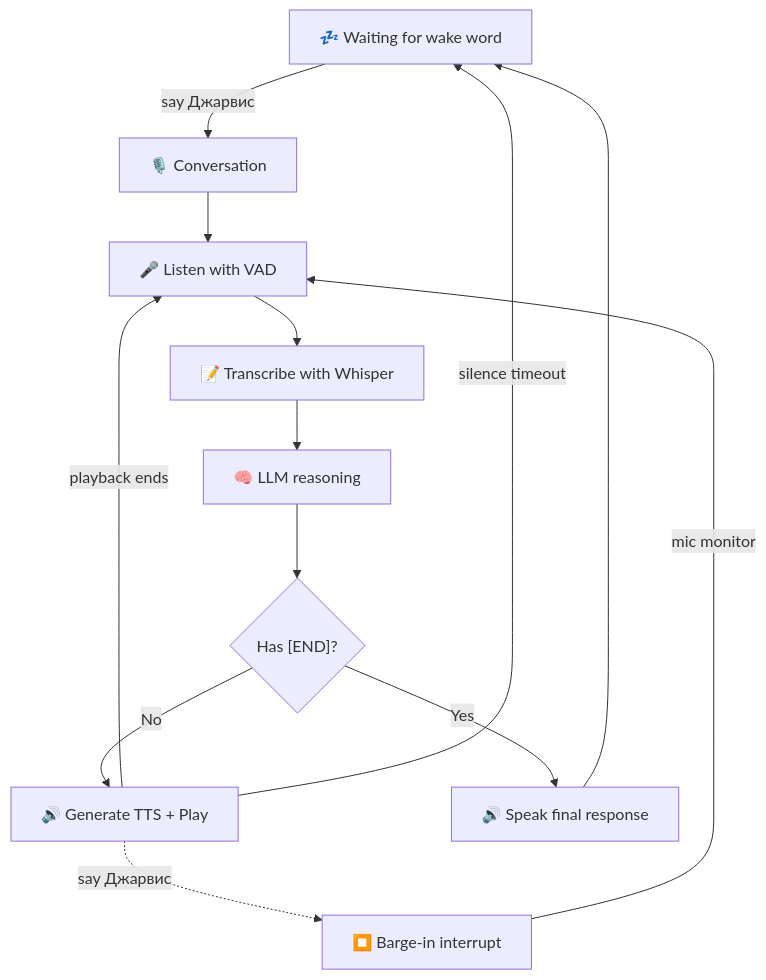
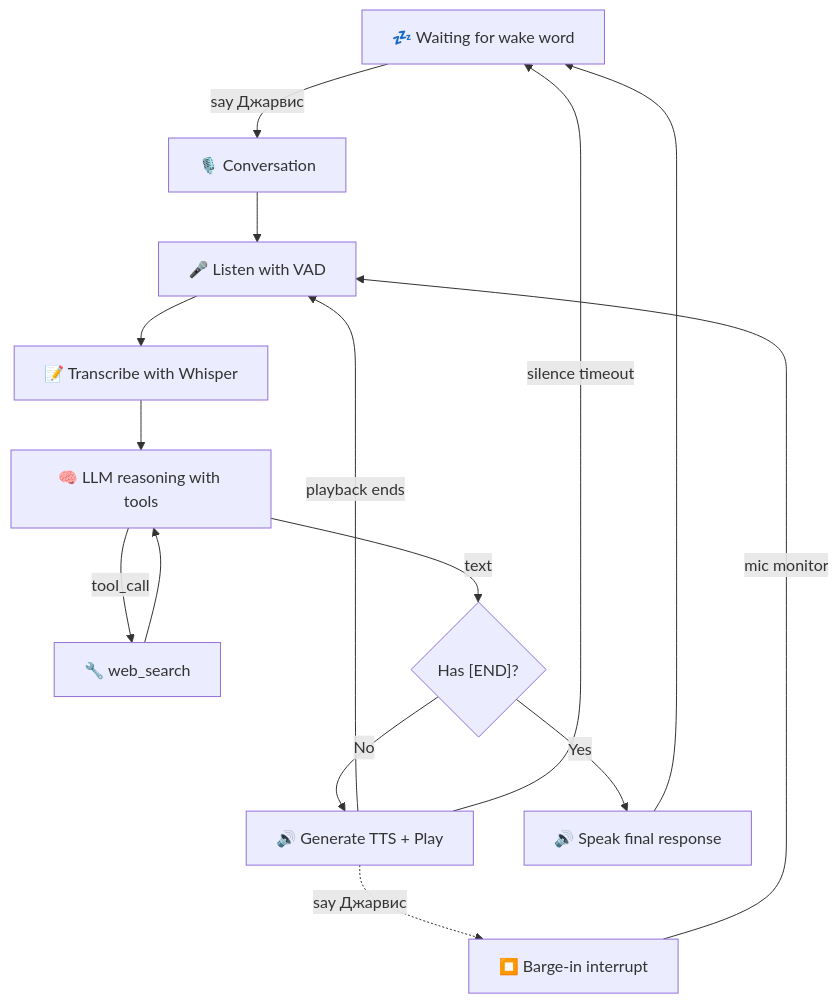
The diagram in README.md (e1turin/jarvis), drawn with Mermaid before and after one commit. The commit also changed other lines of this file and 17 other files, not shown here.

````diff
--- a/README.md
+++ b/README.md
@@ -291,15 +371,17 @@
 ```mermaid
 flowchart TD
     A[💤 Waiting for wake word] -->|"say Джарвис"| B[🎙️ Conversation]
     B --> C[🎤 Listen with VAD]
     C --> D[📝 Transcribe with Whisper]
-    D --> E[🧠 LLM reasoning]
-    E --> F{"Has [END]?"}
-    F -->|No| G[🔊 Generate TTS + Play]
-    G -.->|"say Джарвис"| H[⏹️ Barge-in interrupt]
-    H -->|mic monitor| C
-    G -->|"playback ends"| C
-    G -->|silence timeout| A
-    F -->|Yes| I[🔊 Speak final response]
-    I --> A
+    D --> E[🧠 LLM reasoning with tools]
+    E -->|tool_call| F[🔧 web_search]
+    F --> E
+    E -->|text| G{"Has [END]?"}
+    G -->|No| H[🔊 Generate TTS + Play]
+    H -.->|"say Джарвис"| I[⏹️ Barge-in interrupt]
+    I -->|mic monitor| C
+    H -->|"playback ends"| C
+    H -->|silence timeout| A
+    G -->|Yes| J[🔊 Speak final response]
+    J --> A
 ```
````
